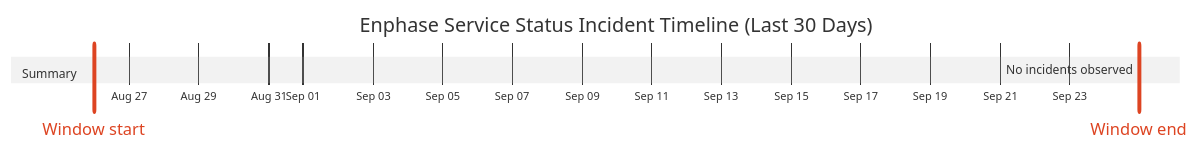
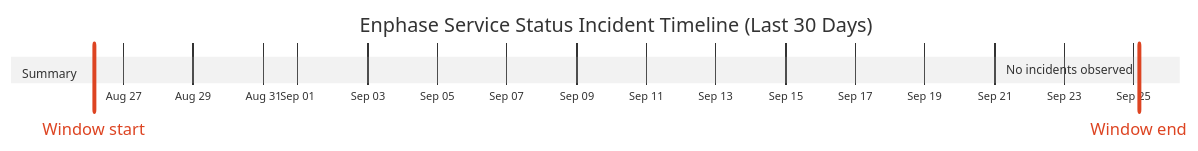
Before and after one commit to barneyonline/ha-enphase-energy: the diagram in wiki/Service-Status-History.md, drawn with Mermaid (neutral theme). The commit also changed other lines of this file and 3 other files, not shown here.

````diff
--- a/wiki/Service-Status-History.md
+++ b/wiki/Service-Status-History.md
@@ -14,10 +14,10 @@
 ```mermaid
 gantt
     title Enphase Service Status Incident Timeline (Last 30 Days)
     dateFormat  YYYY-MM-DDTHH:mm:ss
     axisFormat  %b %d
-    Window start :vert, window-start, 2026-08-25T23:45:31, 0ms
-    Window end :vert, window-end, 2026-09-24T23:45:31, 0ms
+    Window start :vert, window-start, 2026-08-26T03:32:20, 0ms
+    Window end :vert, window-end, 2026-09-25T03:32:20, 0ms
     section Summary
-    No incidents observed :done, 2026-09-24T23:45:31, 1m
+    No incidents observed :done, 2026-09-25T03:32:20, 1m
 ```
````
